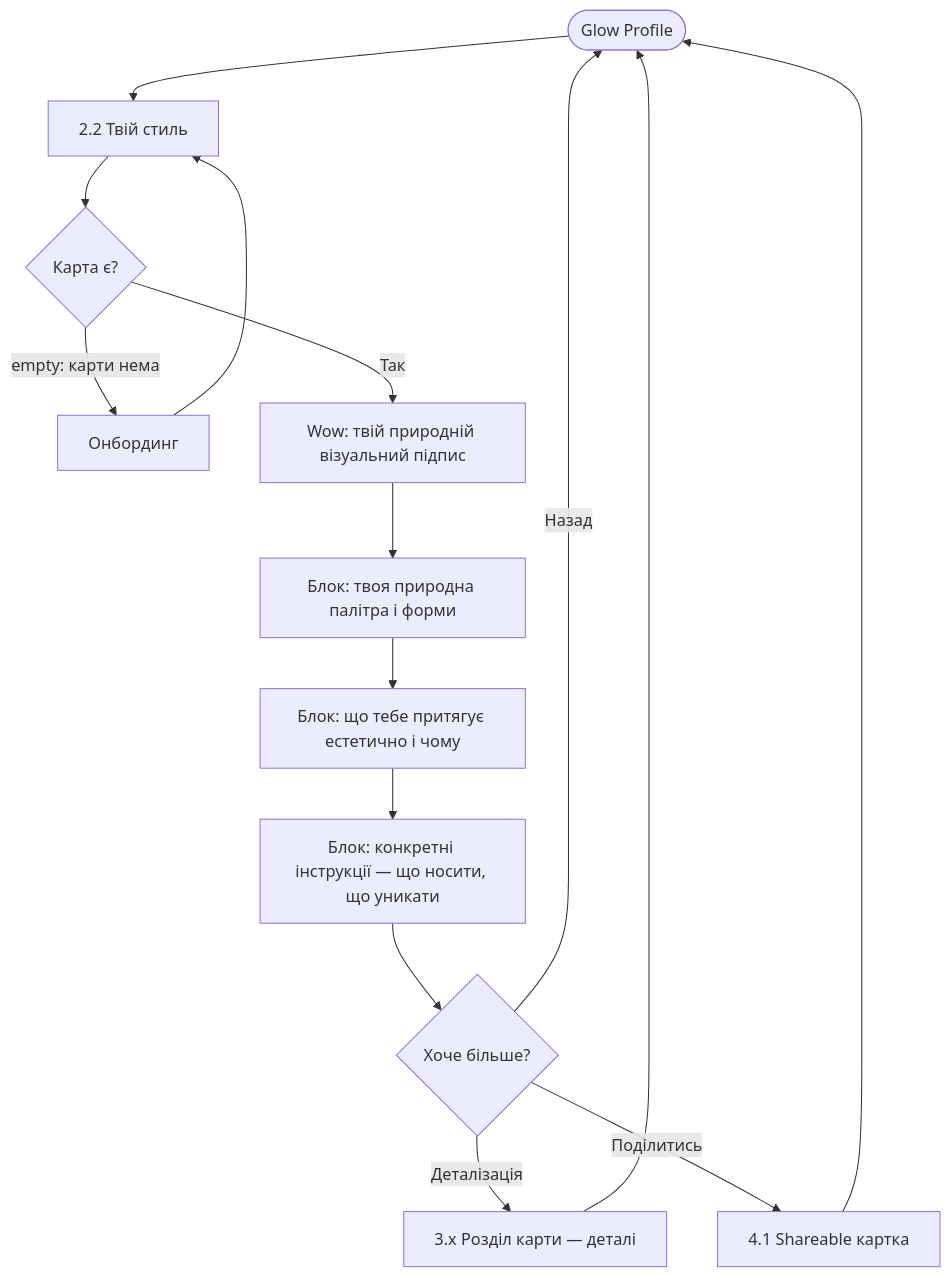
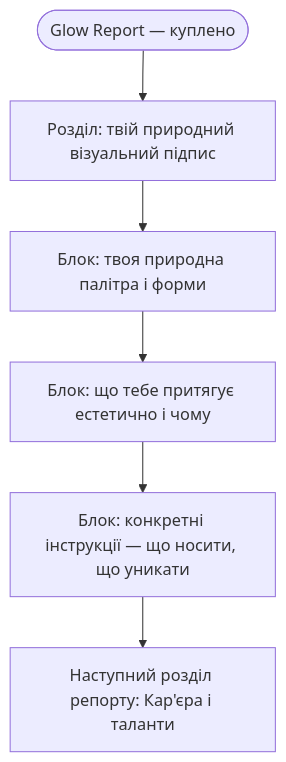
Before and after one commit to ikznsk/design-engineering-with-ai: the second of 3 diagrams in flows.md, drawn with Mermaid. The commit also changed other lines of this file and 6 other files, not shown here.

First line of the commit message:
Lesson 3 rework: audience/platform pivot, funnel architecture

````diff
--- a/flows.md
+++ b/flows.md
@@ -55,17 +64,8 @@
 ```mermaid
 flowchart TD
-    A([Glow Profile]) --> B[2.2 Твій стиль]
-    B --> B_check{Карта є?}
-    B_check -- empty: карти нема --> onboard[Онбординг]
-    onboard --> B
-    B_check -- Так --> C[Wow: твій природній візуальний підпис]
+    A([Glow Report — куплено]) --> C[Розділ: твій природний візуальний підпис]
     C --> D[Блок: твоя природна палітра і форми]
     D --> E[Блок: що тебе притягує естетично і чому]
     E --> F[Блок: конкретні інструкції — що носити, що уникати]
-    F --> G{Хоче більше?}
-    G -- Деталізація --> H[3.x Розділ карти — деталі]
-    G -- Поділитись --> J[4.1 Shareable картка]
-    G -- Назад --> A
-    H --> A
-    J --> A
+    F --> N[Наступний розділ репорту: Кар'єра і таланти]
 ```
````
